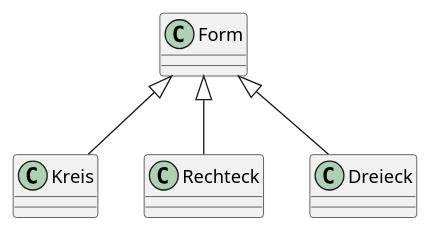
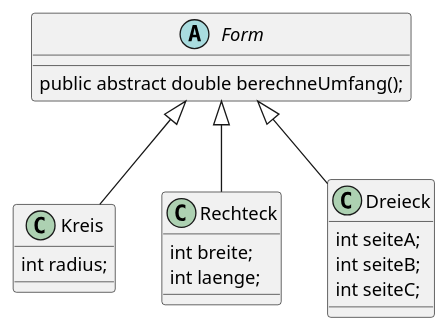
One commit to kiltz/verbund-22 changed the diagram in docs/plantuml/vererbung.puml. Above: the diagram before and after it, drawn with PlantUML. The commit also changed 2 other files, not shown here.

Commit message:
UML und Konstruktor

```diff
--- a/docs/plantuml/vererbung.puml
+++ b/docs/plantuml/vererbung.puml
@@ -1,17 +1,24 @@
 @startuml
 
-class Form {
+abstract class  Form {
+    public abstract double berechneUmfang();
 }
 
 class Kreis {
+    int radius;
 }
 class Rechteck {
+    int breite;
+    int laenge;
 }
 class Dreieck {
+    int seiteA;
+    int seiteB;
+    int seiteC;
 }
 
 Form <|-- Kreis
 Form <|-- Rechteck
 Form <|-- Dreieck
 
 @enduml
```
